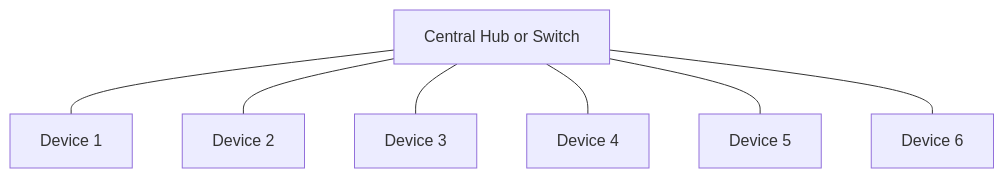
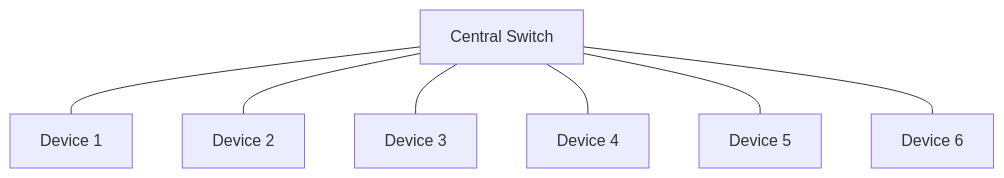
One commit to vanshbaranwal/backend-projects changed the tenth of 12 diagrams in computer-network/01-fundamentals/fundamentals.md. Above: the diagram before and after it, drawn with Mermaid. The commit also changed other lines of this file and 2 other files, not shown here.

Commit message:
docs(networking): refine notes, analogies, and diagrams

````diff
--- a/computer-network/01-fundamentals/fundamentals.md
+++ b/computer-network/01-fundamentals/fundamentals.md
@@ -252,10 +310,10 @@
 ```mermaid
 flowchart TB
-    H[Central Hub or Switch]
+    H[Central Switch]
     H --- A[Device 1]
     H --- B[Device 2]
     H --- C[Device 3]
     H --- D[Device 4]
     H --- E[Device 5]
     H --- F[Device 6]
 ```
````
